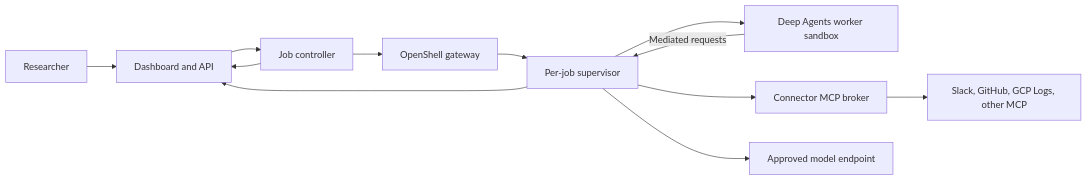
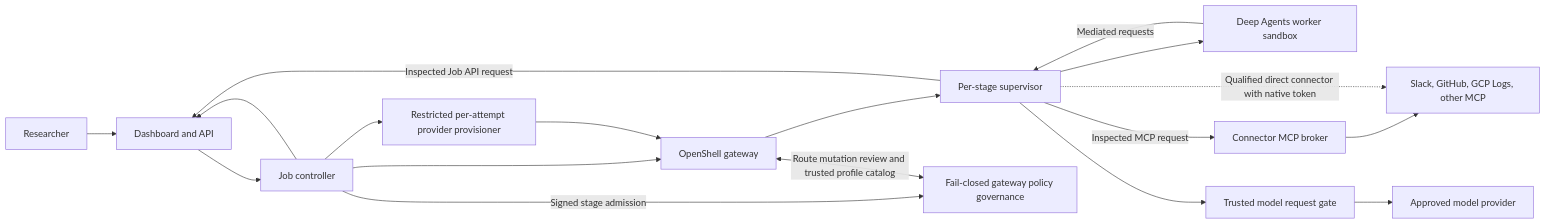
One commit to gvaibhav/openshell-deep-research-platform changed the diagram in README.md. Above: the diagram before and after it, drawn with Mermaid. The commit also changed other lines of this file and 48 other files, not shown here.

````diff
--- a/README.md
+++ b/README.md
@@ -11,14 +11,20 @@
 ```mermaid
 flowchart LR
     User[Researcher] --> Dashboard[Dashboard and API]
     Dashboard --> Controller[Job controller]
+    Controller --> Provisioner[Restricted per-attempt provider provisioner]
     Controller --> OpenShell[OpenShell gateway]
-    OpenShell --> Supervisor[Per-job supervisor]
+    Provisioner --> OpenShell
+    OpenShell --> Supervisor[Per-stage supervisor]
     Supervisor --> Worker[Deep Agents worker sandbox]
     Worker -->|Mediated requests| Supervisor
-    Supervisor --> Broker[Connector MCP broker]
+    Controller -->|Signed stage admission| Governance[Fail-closed gateway policy governance]
+    OpenShell <-->|Route mutation review and trusted profile catalog| Governance
+    Supervisor -->|Inspected Job API request| Dashboard
+    Supervisor -->|Inspected MCP request| Broker[Connector MCP broker]
     Broker --> Sources[Slack, GitHub, GCP Logs, other MCP]
-    Supervisor --> Model[Approved model endpoint]
-    Supervisor --> Dashboard
+    Supervisor -.->|Qualified direct connector with native token| Sources
+    Supervisor --> ModelGate[Trusted model request gate]
+    ModelGate --> Model[Approved model provider]
     Controller --> Dashboard
 ```
````
